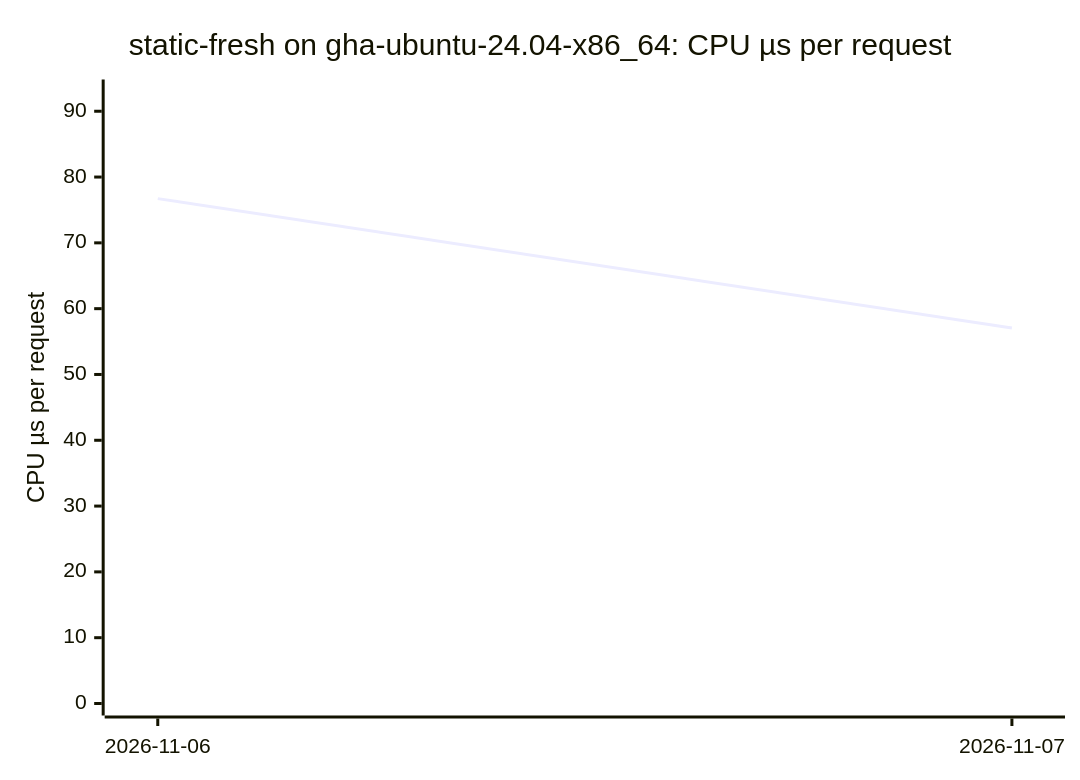
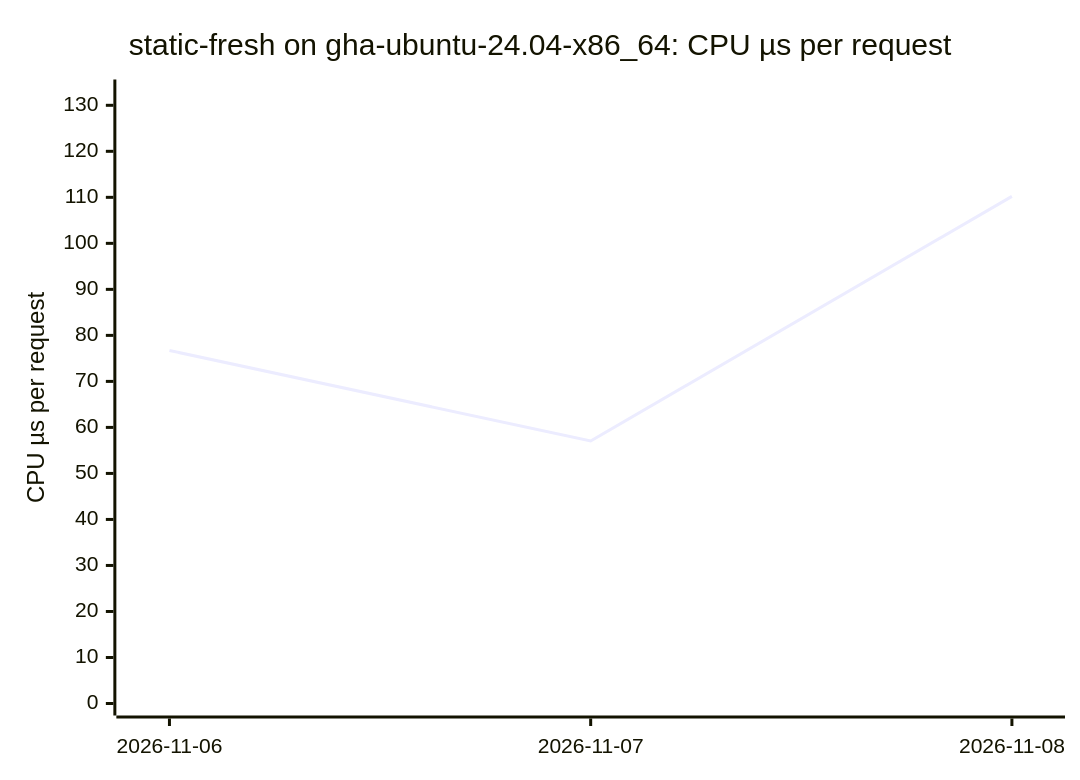
The third of 16 diagrams in BENCHMARKS.md (ThePixelPilgrim/durchlauferhitzer), drawn with Mermaid before and after one commit. The commit also changed other lines of this file and 1 other file, not shown here.

````diff
--- a/BENCHMARKS.md
+++ b/BENCHMARKS.md
@@ -45,7 +45,7 @@
 ```mermaid
 xychart-beta
   title "static-fresh on gha-ubuntu-24.04-x86_64: CPU µs per request"
-  x-axis ["2026-11-06", "2026-11-07"]
-  y-axis "CPU µs per request" 0 --> 93
-  line [76.72, 57.05]
+  x-axis ["2026-11-06", "2026-11-07", "2026-11-08"]
+  y-axis "CPU µs per request" 0 --> 133
+  line [76.72, 57.05, 110.20]
 ```
````
